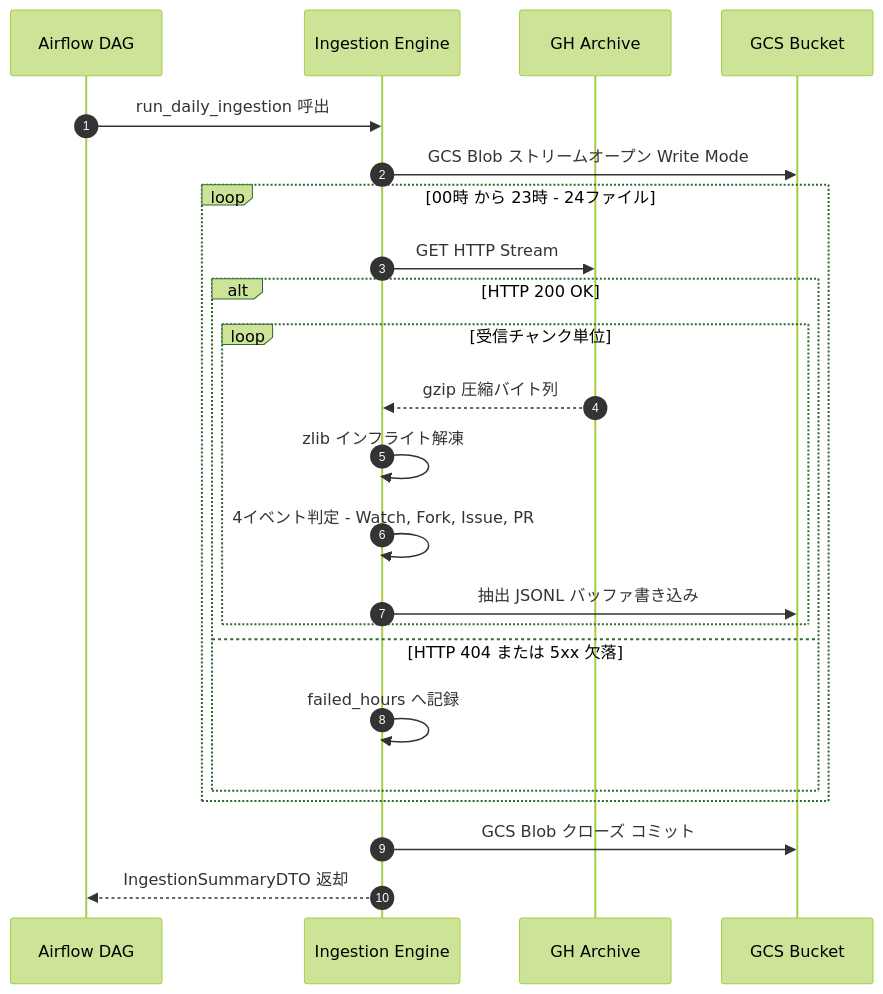
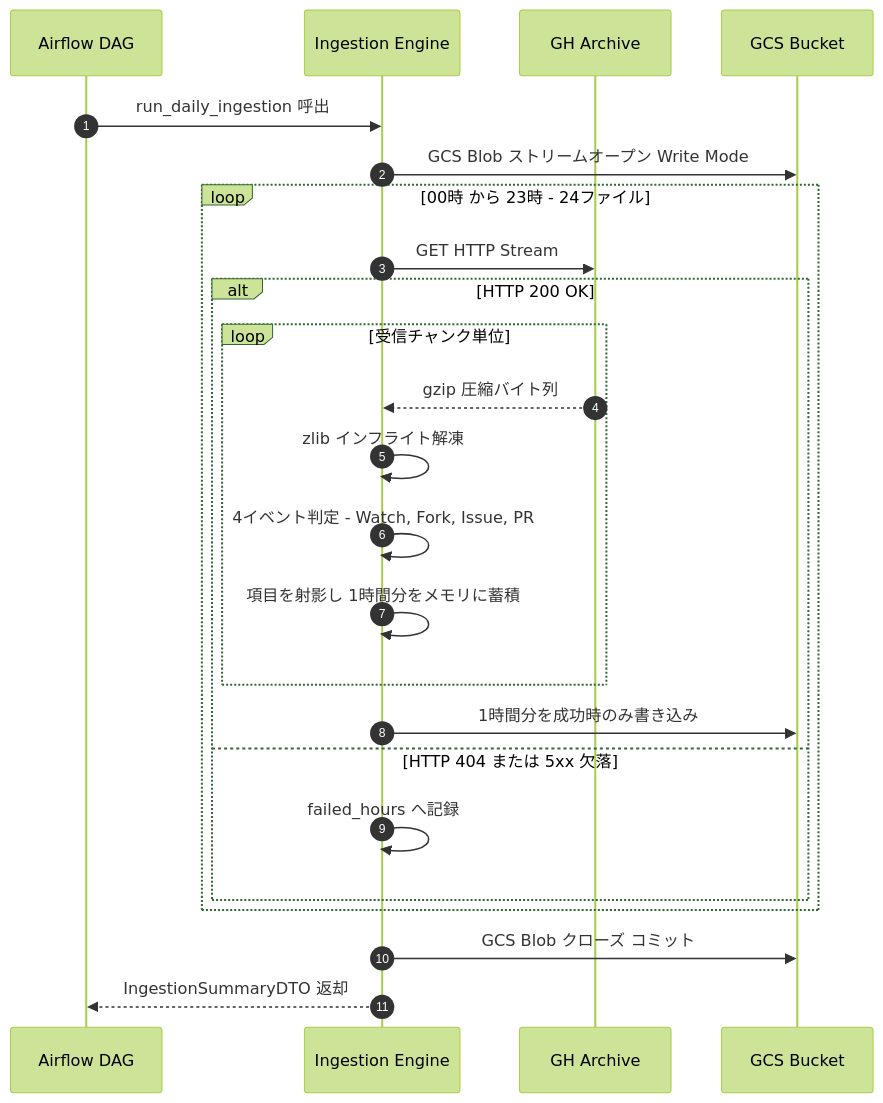
Before and after one commit to xzyozi/gh-archive-lakehouse: the diagram in docs/design/DD-001_Ingestionエンジン詳細設計書.md, drawn with Mermaid (forest theme). The commit also changed other lines of this file and 5 other files, not shown here.

````diff
--- a/docs/design/DD-001_Ingestionエンジン詳細設計書.md
+++ b/docs/design/DD-001_Ingestionエンジン詳細設計書.md
@@ -117,28 +131,29 @@
 ```mermaid
 sequenceDiagram
     autonumber
     participant Airflow as Airflow DAG
     participant Engine as Ingestion Engine
     participant GHA as GH Archive
     participant GCS as GCS Bucket
 
     Airflow ->> Engine: run_daily_ingestion 呼出
     Engine ->> GCS: GCS Blob ストリームオープン Write Mode
     
     loop 00時 から 23時 - 24ファイル
         Engine ->> GHA: GET HTTP Stream
         alt HTTP 200 OK
             loop 受信チャンク単位
                 GHA -->> Engine: gzip 圧縮バイト列
                 Engine ->> Engine: zlib インフライト解凍
                 Engine ->> Engine: 4イベント判定 - Watch, Fork, Issue, PR
-                Engine ->> GCS: 抽出 JSONL バッファ書き込み
+                Engine ->> Engine: 項目を射影し 1時間分をメモリに蓄積
             end
+            Engine ->> GCS: 1時間分を成功時のみ書き込み
         else HTTP 404 または 5xx 欠落
             Engine ->> Engine: failed_hours へ記録
         end
     end
 
     Engine ->> GCS: GCS Blob クローズ コミット
     Engine -->> Airflow: IngestionSummaryDTO 返却
 ```
````
